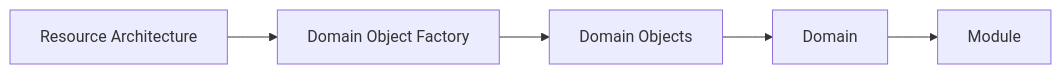
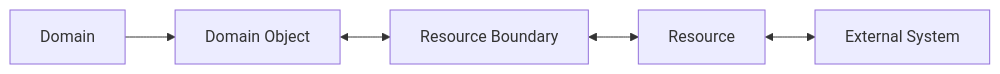
One commit to kjvonly/kjvonly.bible changed the fourth of 5 diagrams in docs/01_application-architecture/001-application-overview.md. Above: the diagram before and after it, drawn with Mermaid. The commit also changed other lines of this file, not shown here.

````diff
--- a/docs/01_application-architecture/001-application-overview.md
+++ b/docs/01_application-architecture/001-application-overview.md
@@ -452,21 +525,21 @@
 ```mermaid
 flowchart LR
 
-    Resources["Resource Architecture"]
-
-    Factory["Domain Object Factory"]
-
-    Objects["Domain Objects"]
-
     Domain["Domain"]
 
-    Module["Module"]
+    Object["Domain Object"]
 
-    Resources --> Factory
+    Boundary["Resource Boundary"]
 
-    Factory --> Objects
+    Resource["Resource"]
 
-    Objects --> Domain
+    External["External System"]
 
-    Domain --> Module
+    Domain --> Object
+
+    Object <--> Boundary
+
+    Boundary <--> Resource
+
+    Resource <--> External
 ```
````
